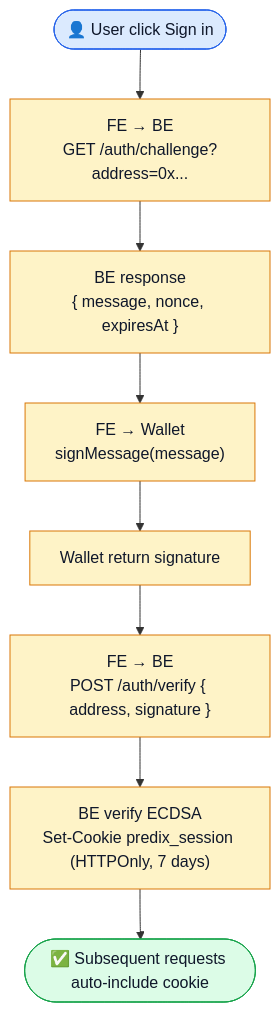
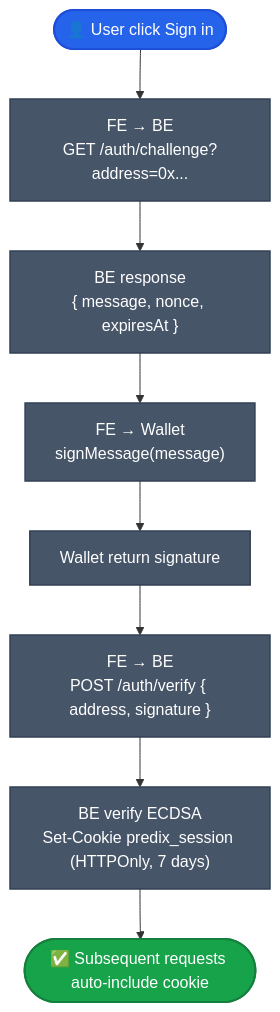
One commit to PrediX-Protocol/predix-docs changed the diagram in vi_v6/developers/backend-api.md. Above: the diagram before and after it, drawn with Mermaid. The commit also changed 32 other files, not shown here.

First line of the commit message:
docs(vi_v6): redesign Mermaid theme — solid mid-tone palette + dark theme

````diff
--- a/vi_v6/developers/backend-api.md
+++ b/vi_v6/developers/backend-api.md
@@ -199,18 +199,18 @@
 ```mermaid
 flowchart TD
     Start(["👤 User click Sign in"])
     Start --> S1["FE → BE<br/>GET /auth/challenge?address=0x..."]
     S1 --> S2["BE response<br/>{ message, nonce, expiresAt }"]
     S2 --> S3["FE → Wallet<br/>signMessage(message)"]
     S3 --> S4["Wallet return signature"]
     S4 --> S5["FE → BE<br/>POST /auth/verify { address, signature }"]
     S5 --> S6["BE verify ECDSA<br/>Set-Cookie predix_session (HTTPOnly, 7 days)"]
     S6 --> End(["✅ Subsequent requests auto-include cookie"])
 
-    classDef st fill:#dbeafe,stroke:#2563eb,color:#0f172a
-    classDef step fill:#fef3c7,stroke:#d97706,color:#0f172a
-    classDef ok fill:#dcfce7,stroke:#16a34a,color:#0f172a
+    classDef st fill:#2563eb,stroke:#1d4ed8,color:#fff,stroke-width:2px
+    classDef step fill:#475569,stroke:#334155,color:#fff,stroke-width:1.5px
+    classDef ok fill:#16a34a,stroke:#15803d,color:#fff,stroke-width:2px
     class Start st
     class S1,S2,S3,S4,S5,S6 step
     class End ok
 ```
````
